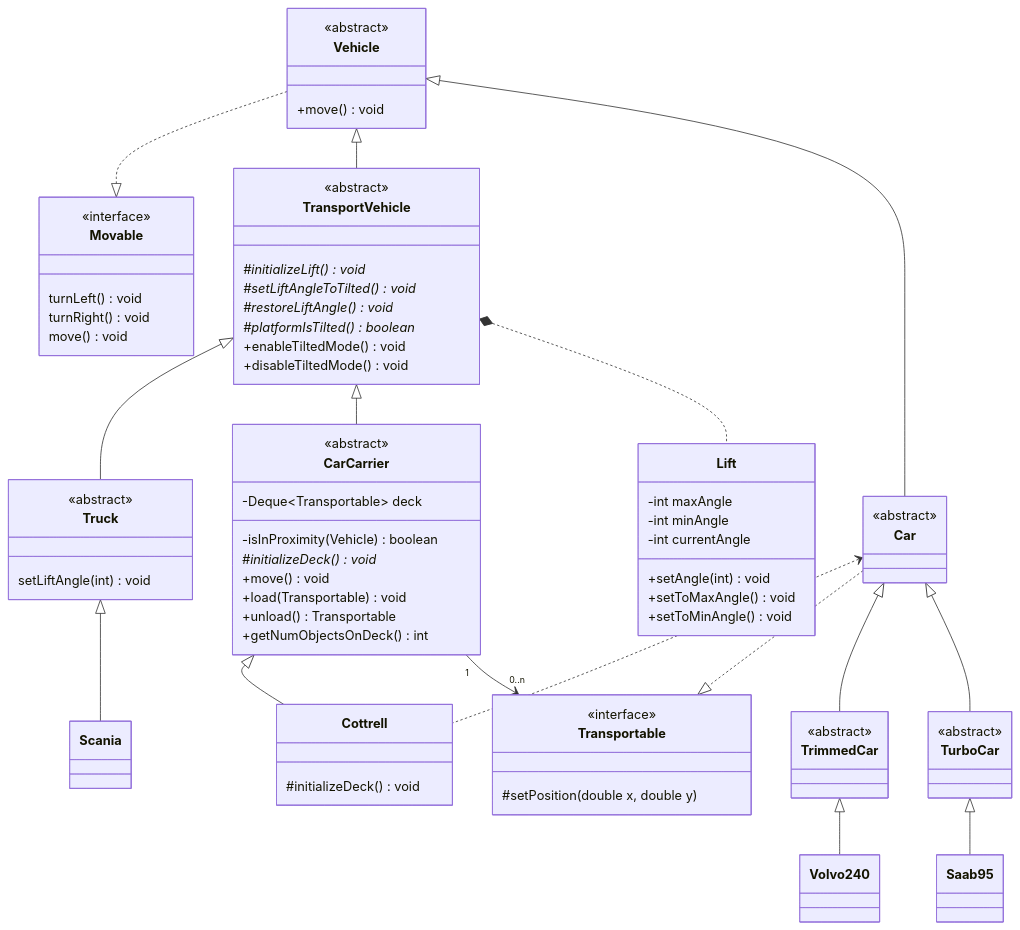
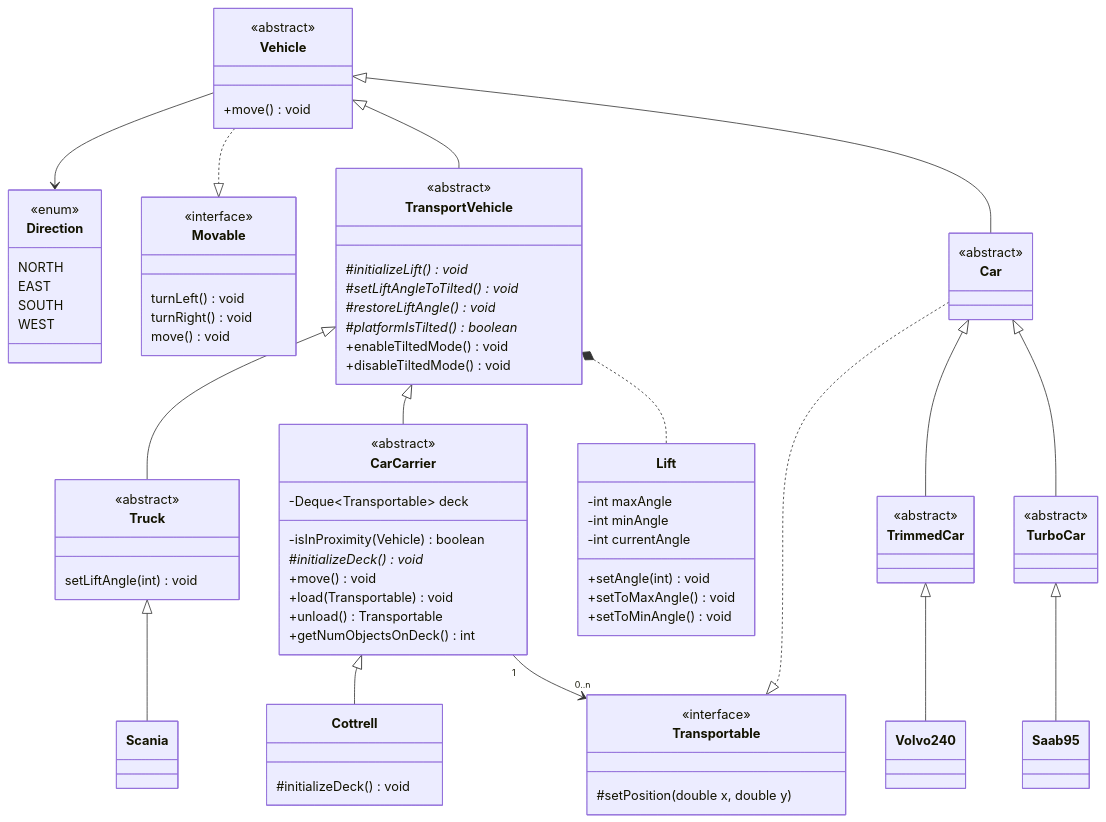
One commit to hasicx/TDA553-lab1 changed the diagram in docs/class-diagram.mermaid. Above: the diagram before and after it, drawn with Mermaid.

Commit message:
docs: Clean up class diagram

```diff
--- a/docs/class-diagram.mermaid
+++ b/docs/class-diagram.mermaid
@@ -1,95 +1,103 @@
 classDiagram
 
-    class Transportable {
-      #setPosition(double x, double y)
-    }
+  class Direction {
+    <<enum>>
+    NORTH
+    EAST
+    SOUTH
+    WEST
+  }
 
-    class Movable{
-      turnLeft() void
-      turnRight() void
-      move() void
-    }
+  class Transportable {
+    <<interface>>
+    #setPosition(double x, double y)
+  }
 
-    class Vehicle {
-      +move() void
-    }
+  class Movable{
+    <<interface>>
+    turnLeft() void
+    turnRight() void
+    move() void
+  }
 
-    class TransportVehicle {
-      #initializeLift() void*
-      #setLiftAngleToTilted() void*
-      #restoreLiftAngle() void*
-      #platformIsTilted() boolean*
-      +enableTiltedMode() void
-      +disableTiltedMode() void
-    }
+  class Vehicle{
+    <<abstract>>
+    +move() void
+  }
 
-    class CarCarrier {
-      -Deque~Transportable~ deck
-      -isInProximity(Vehicle) boolean
-      #initializeDeck() void*
-      +move() void
-      +load(Transportable) void
-      +unload() Transportable
-      +getNumObjectsOnDeck() int
-    }
+  class TransportVehicle {
+    <<abstract>>
+    #initializeLift() void*
+    #setLiftAngleToTilted() void*
+    #restoreLiftAngle() void*
+    #platformIsTilted() boolean*
+    +enableTiltedMode() void
+    +disableTiltedMode() void
+  }
 
-    class Cottrell {
-      #initializeDeck() void
-    }
+  class CarCarrier {
+    <<abstract>>
+    -Deque~Transportable~ deck
+    -isInProximity(Vehicle) boolean
+    #initializeDeck() void*
+    +move() void
+    +load(Transportable) void
+    +unload() Transportable
+    +getNumObjectsOnDeck() int
+  }
 
-    class Truck {
-      setLiftAngle(int) void
-    }
+  class Cottrell {
+    #initializeDeck() void
+  }
 
-    class Scania {
-    }
+  class Truck {
+    <<abstract>>
+    setLiftAngle(int) void
+  }
 
-    class Lift {
-      -int maxAngle
-      -int minAngle
-      -int currentAngle
-      +setAngle(int) void
-      +setToMaxAngle() void
-      +setToMinAngle() void
-    }
+  class Scania {
+  }
 
-    class Car {
-    }
+  class Lift {
+    -int maxAngle
+    -int minAngle
+    -int currentAngle
+    +setAngle(int) void
+    +setToMaxAngle() void
+    +setToMinAngle() void
+  }
 
-    class TrimmedCar {
-    }
+  class Car {
+    <<abstract>>
+  }
 
-    class TurboCar {
-    }
+  class TrimmedCar {
+    <<abstract>>
+  }
 
-    class Volvo240 {
-    }
+  class TurboCar {
+    <<abstract>>
+  }
 
-    class Saab95 {
-    }
+  class Volvo240 {
+  }
 
-  <<abstract>> Vehicle
-  <<abstract>> TransportVehicle
-  <<abstract>> CarCarrier
-  <<abstract>> Truck
-  <<abstract>> Car
-  <<abstract>> TrimmedCar
-  <<abstract>> TurboCar
-  <<interface>> Movable
-  <<interface>> Transportable
+  class Saab95 {
+  }
 
-  Vehicle ..|> Movable
-  Vehicle <|-- TransportVehicle
-  Vehicle <|-- Car
-  TransportVehicle <|-- Truck
-  TransportVehicle <|-- CarCarrier
-  TransportVehicle *.. Lift
-  Truck <|-- Scania
-  CarCarrier <|-- Cottrell
-  Car <.. Cottrell
-  CarCarrier "1" --> "0..n" Transportable
-  Car ..|> Transportable
-  Car <|-- TrimmedCar
-  Car <|-- TurboCar
-  TrimmedCar <|-- Volvo240
-  TurboCar <|-- Saab95
+
+Vehicle --> Direction
+Vehicle ..|> Movable
+Vehicle <|-- TransportVehicle
+Vehicle <|-- Car
+TransportVehicle <|-- Truck
+TransportVehicle <|-- CarCarrier
+TransportVehicle *.. Lift
+Truck <|-- Scania
+CarCarrier <|-- Cottrell
+CarCarrier "1" --> "0..n" Transportable
+Car ..|> Transportable
+Car <|-- TrimmedCar
+Car <|-- TurboCar
+TrimmedCar <|-- Volvo240
+TurboCar <|-- Saab95
```
